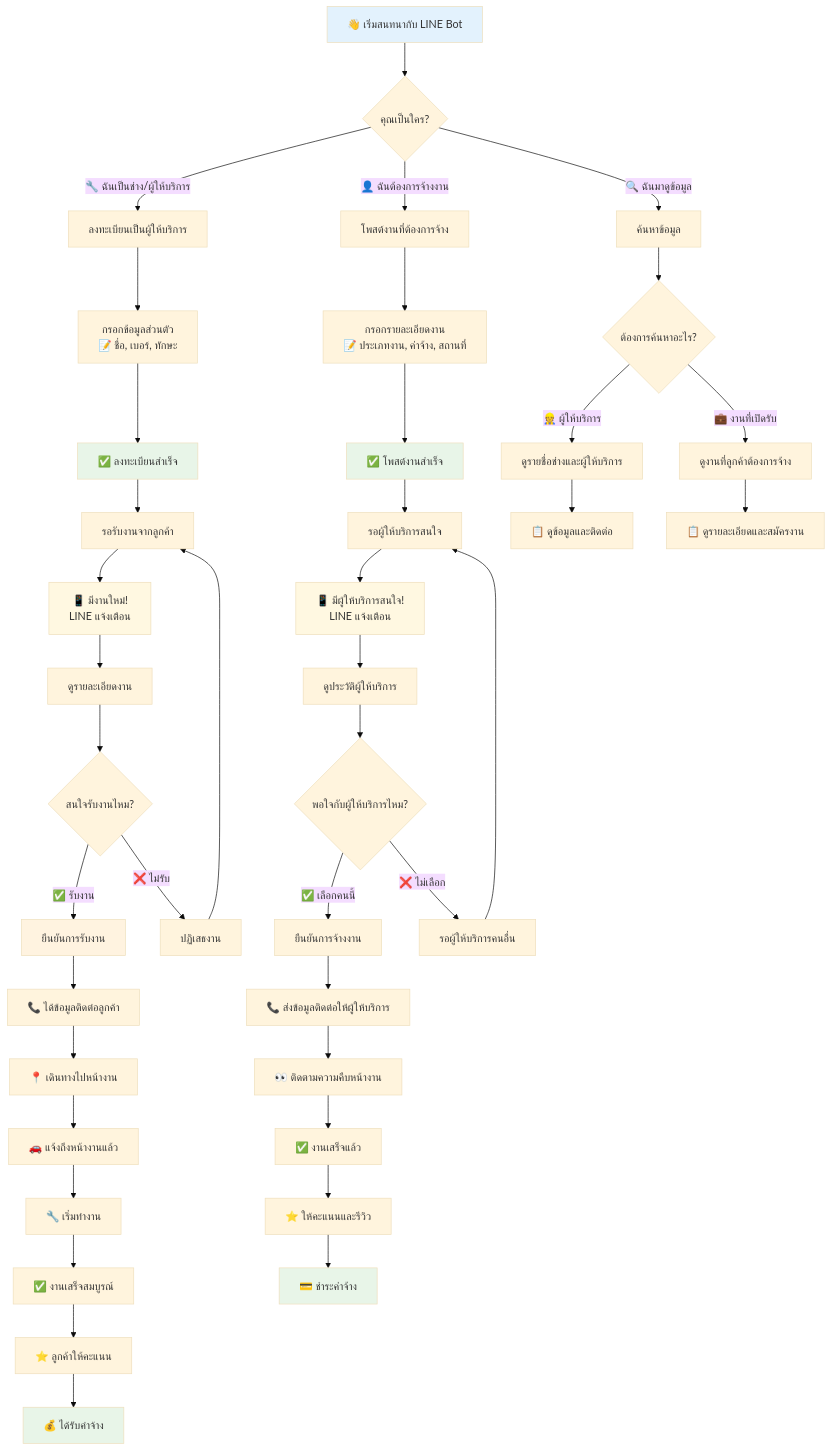
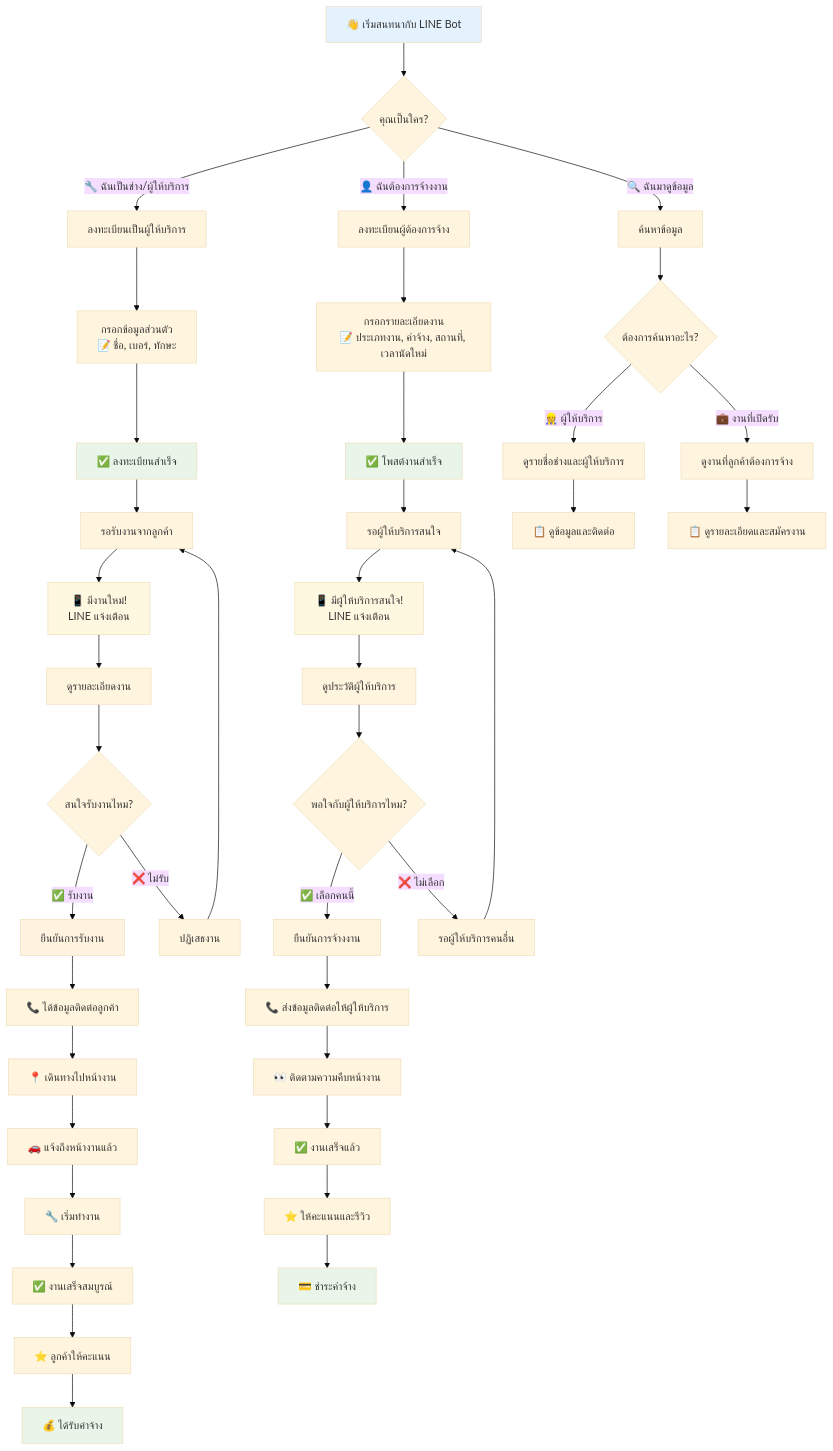
One commit to korrio/ratchaburi-community-jobs changed the first of 4 diagrams in LINE_BOT_FLOWCHART_NON_TECH.md. Above: the diagram before and after it, drawn with Mermaid (base theme).

Commit message:
Update LINE bot flowchart with improved user experience
Changes:
- Change "โพสต์งานที่ต้องการจ้าง" to "ลงทะเบียนผู้ต้องการจ้าง" for consistency
- Add "เวลานัดใหม่" to job posting details for better scheduling
- Improve user journey clarity for both service providers and customers

🤖 Generated with [Claude Code](https://claude.ai/code)

````diff
--- a/LINE_BOT_FLOWCHART_NON_TECH.md
+++ b/LINE_BOT_FLOWCHART_NON_TECH.md
@@ -5,63 +5,63 @@
 ```mermaid
 flowchart TD
     A[👋 เริ่มสนทนากับ LINE Bot] --> B{คุณเป็นใคร?}
     
     B -->|🔧 ฉันเป็นช่าง/ผู้ให้บริการ| C[ลงทะเบียนเป็นผู้ให้บริการ]
-    B -->|👤 ฉันต้องการจ้างงาน| D[โพสต์งานที่ต้องการจ้าง]
+    B -->|👤 ฉันต้องการจ้างงาน| D[ลงทะเบียนผู้ต้องการจ้าง]
     B -->|🔍 ฉันมาดูข้อมูล| E[ค้นหาข้อมูล]
     
     C --> F[กรอกข้อมูลส่วนตัว<br/>📝 ชื่อ, เบอร์, ทักษะ]
     F --> G[✅ ลงทะเบียนสำเร็จ]
     G --> H[รอรับงานจากลูกค้า]
     
-    D --> I[กรอกรายละเอียดงาน<br/>📝 ประเภทงาน, ค่าจ้าง, สถานที่]
+    D --> I[กรอกรายละเอียดงาน<br/>📝 ประเภทงาน, ค่าจ้าง, สถานที่, เวลานัดใหม่]
     I --> J[✅ โพสต์งานสำเร็จ]
     J --> K[รอผู้ให้บริการสนใจ]
     
     E --> L{ต้องการค้นหาอะไร?}
     L -->|👷 ผู้ให้บริการ| M[ดูรายชื่อช่างและผู้ให้บริการ]
     L -->|💼 งานที่เปิดรับ| N[ดูงานที่ลูกค้าต้องการจ้าง]
     
     H --> O[📱 มีงานใหม่!<br/>LINE แจ้งเตือน]
     O --> P[ดูรายละเอียดงาน]
     P --> Q{สนใจรับงานไหม?}
     
     Q -->|✅ รับงาน| R[ยืนยันการรับงาน]
     Q -->|❌ ไม่รับ| S[ปฏิเสธงาน]
     
     R --> T[📞 ได้ข้อมูลติดต่อลูกค้า]
     T --> U[📍 เดินทางไปหน้างาน]
     
     U --> V[🚗 แจ้งถึงหน้างานแล้ว]
     V --> W[🔧 เริ่มทำงาน]
     W --> X[✅ งานเสร็จสมบูรณ์]
     X --> Y[⭐ ลูกค้าให้คะแนน]
     Y --> Z[💰 ได้รับค่าจ้าง]
     
     K --> AA[📱 มีผู้ให้บริการสนใจ!<br/>LINE แจ้งเตือน]
     AA --> BB[ดูประวัติผู้ให้บริการ]
     BB --> CC{พอใจกับผู้ให้บริการไหม?}
     
     CC -->|✅ เลือกคนนี้| DD[ยืนยันการจ้างงาน]
     CC -->|❌ ไม่เลือก| EE[รอผู้ให้บริการคนอื่น]
     
     DD --> FF[📞 ส่งข้อมูลติดต่อให้ผู้ให้บริการ]
     FF --> GG[👀 ติดตามความคืบหน้างาน]
     GG --> HH[✅ งานเสร็จแล้ว]
     HH --> II[⭐ ให้คะแนนและรีวิว]
     II --> JJ[💳 ชำระค่าจ้าง]
     
     S --> H
     EE --> K
     M --> KK[📋 ดูข้อมูลและติดต่อ]
     N --> LL[📋 ดูรายละเอียดและสมัครงาน]
     
     style A fill:#e3f2fd
     style G fill:#e8f5e8
     style J fill:#e8f5e8
     style R fill:#fff3e0
     style Z fill:#e8f5e8
     style JJ fill:#e8f5e8
     style O fill:#fff8e1
     style AA fill:#fff8e1
 ```
````
